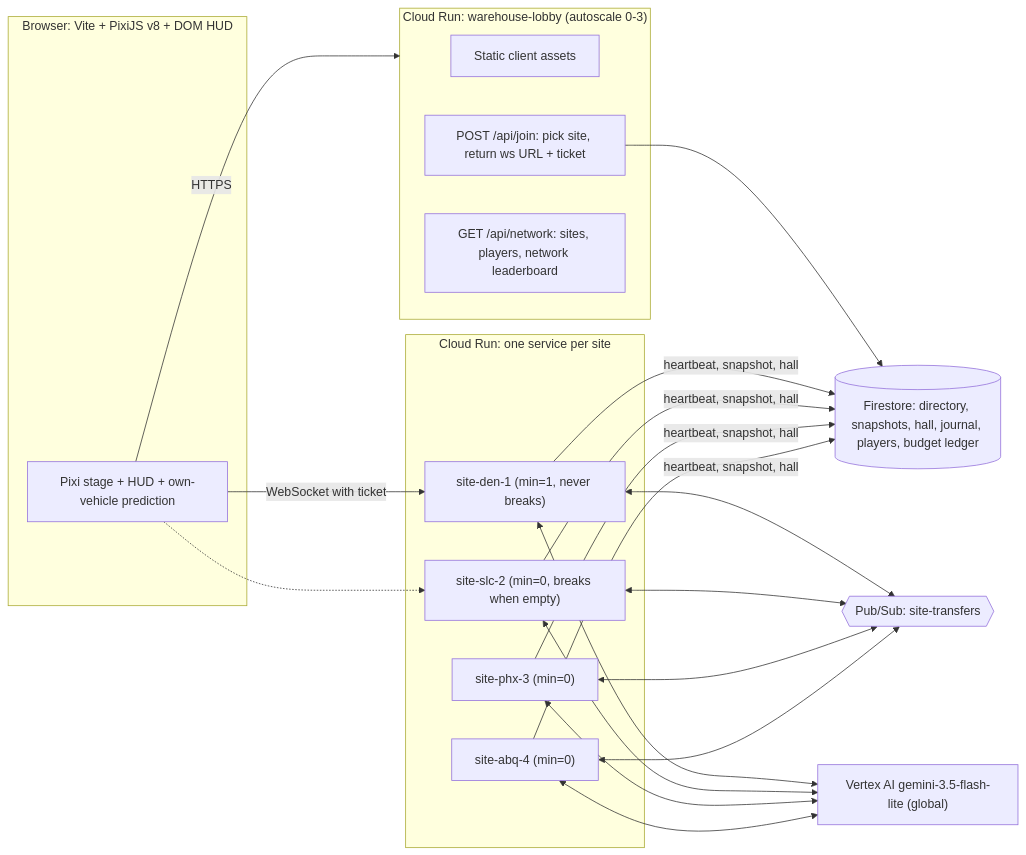
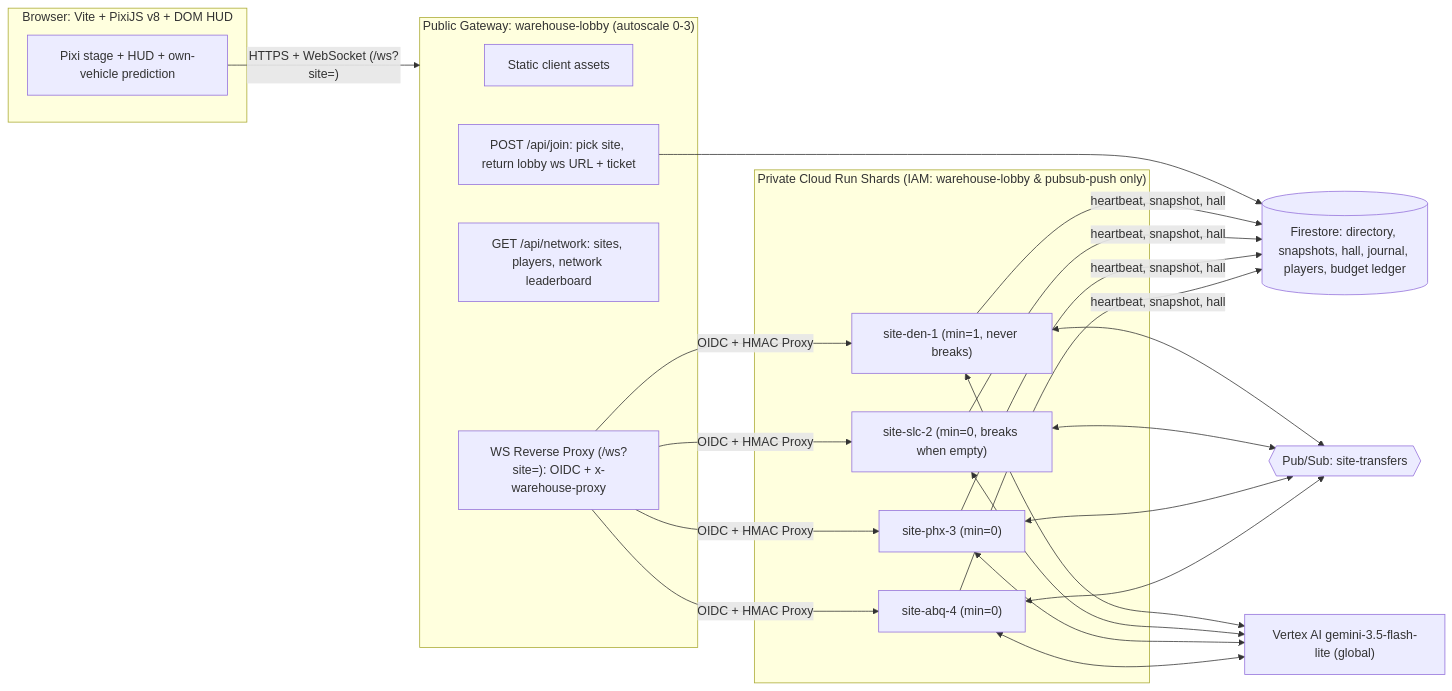
Before and after one commit to davenportjw/freightfloor: the first of 3 diagrams in docs/architecture.md, drawn with Mermaid. The commit also changed other lines of this file and 101 other files, not shown here.

First line of the commit message:
Fix intro/run-end overlap, async join resume; idle-safe Blitz clock

````diff
--- a/docs/architecture.md
+++ b/docs/architecture.md
@@ -15,27 +15,27 @@
 ```mermaid
 flowchart LR
   subgraph Browser["Browser: Vite + PixiJS v8 + DOM HUD"]
     UI["Pixi stage + HUD + own-vehicle prediction"]
   end
-  subgraph Lobby["Cloud Run: warehouse-lobby (autoscale 0-3)"]
+  subgraph Lobby["Public Gateway: warehouse-lobby (autoscale 0-3)"]
     ST["Static client assets"]
-    JN["POST /api/join: pick site, return ws URL + ticket"]
+    JN["POST /api/join: pick site, return lobby ws URL + ticket"]
     NB["GET /api/network: sites, players, network leaderboard"]
+    WSP["WS Reverse Proxy (/ws?site=<siteId>): OIDC + x-warehouse-proxy"]
   end
-  subgraph Shards["Cloud Run: one service per site"]
+  subgraph Shards["Private Cloud Run Shards (IAM: warehouse-lobby & pubsub-push only)"]
     S1["site-den-1 (min=1, never breaks)"]
     S2["site-slc-2 (min=0, breaks when empty)"]
     S3["site-phx-3 (min=0)"]
     S4["site-abq-4 (min=0)"]
   end
   FS[("Firestore: directory, snapshots, hall, journal, players, budget ledger")]
   PS{{"Pub/Sub: site-transfers"}}
   GEM["Vertex AI gemini-3.5-flash-lite (global)"]
-  UI -- "HTTPS" --> Lobby
-  UI -- "WebSocket with ticket" --> S1
-  UI -.-> S2
+  UI -- "HTTPS + WebSocket (/ws?site=)" --> Lobby
+  WSP -- "OIDC + HMAC Proxy" --> S1 & S2 & S3 & S4
   JN --> FS
   S1 & S2 & S3 & S4 -- "heartbeat, snapshot, hall" --> FS
   S1 & S2 & S3 & S4 <--> PS
   S1 & S2 & S3 & S4 <--> GEM
 ```
````
